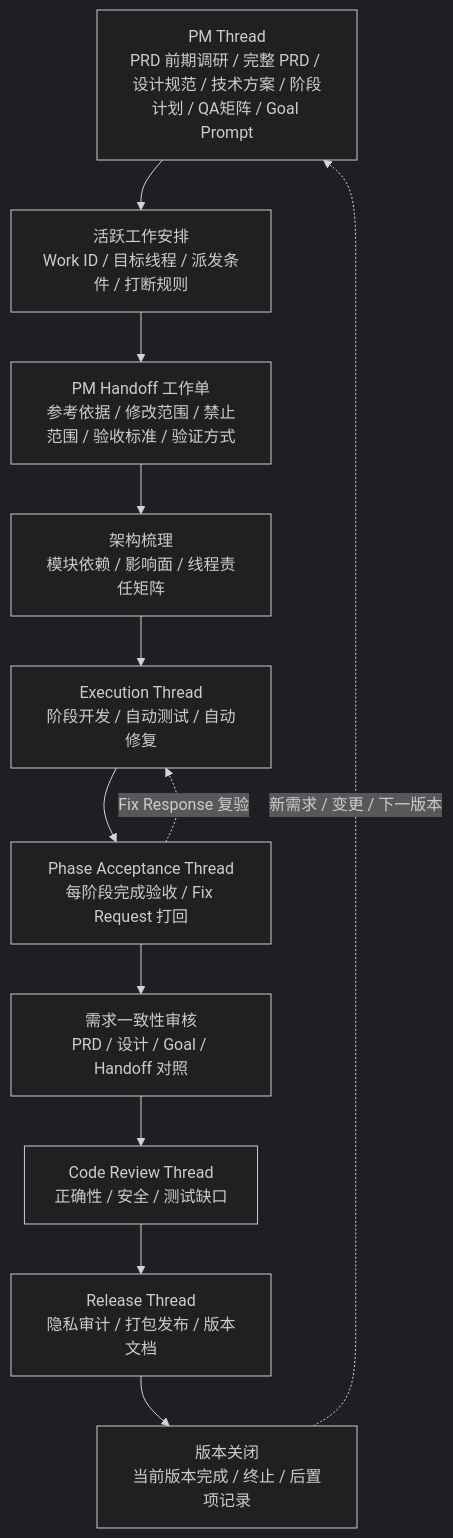
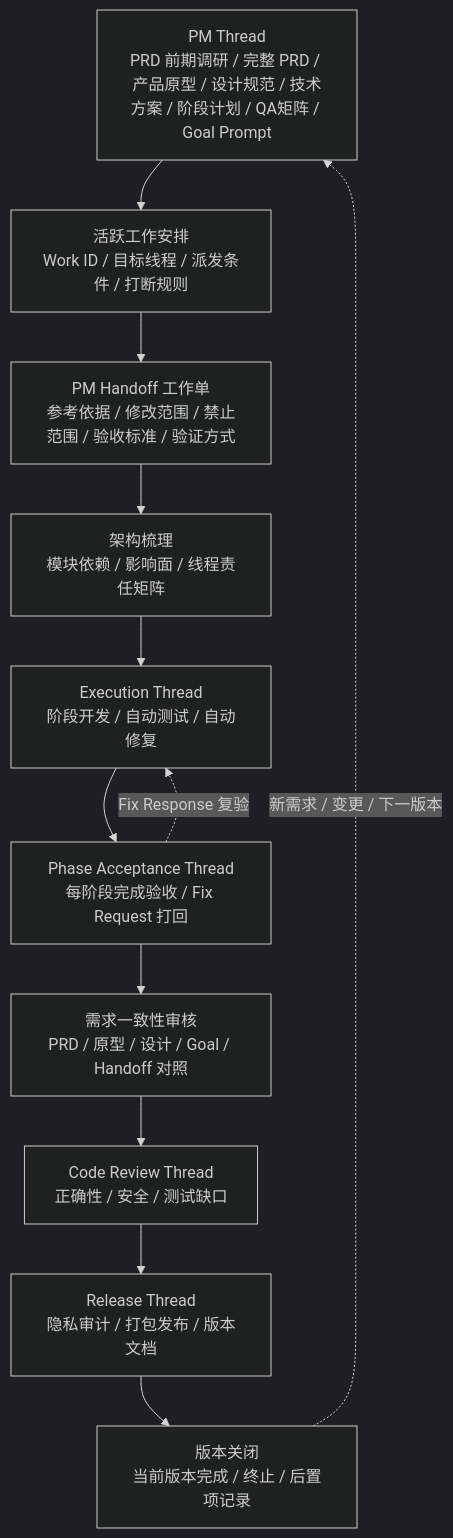
Before and after one commit to btcys/chengying-codex-skill-pack: the second of 3 diagrams in README.md, drawn with Mermaid (dark theme). The commit also changed other lines of this file and 15 other files, not shown here.

````diff
--- a/README.md
+++ b/README.md
@@ -95,14 +96,14 @@
 ```mermaid
 flowchart TB
-  PM[PM Thread<br/>PRD 前期调研 / 完整 PRD / 设计规范 / 技术方案 / 阶段计划 / QA矩阵 / Goal Prompt] --> Work[活跃工作安排<br/>Work ID / 目标线程 / 派发条件 / 打断规则]
+  PM[PM Thread<br/>PRD 前期调研 / 完整 PRD / 产品原型 / 设计规范 / 技术方案 / 阶段计划 / QA矩阵 / Goal Prompt] --> Work[活跃工作安排<br/>Work ID / 目标线程 / 派发条件 / 打断规则]
   Work --> Handoff[PM Handoff 工作单<br/>参考依据 / 修改范围 / 禁止范围 / 验收标准 / 验证方式]
   Handoff --> Arch[架构梳理<br/>模块依赖 / 影响面 / 线程责任矩阵]
   Arch --> Exec[Execution Thread<br/>阶段开发 / 自动测试 / 自动修复]
   Exec --> PhaseAccept[Phase Acceptance Thread<br/>每阶段完成验收 / Fix Request 打回]
   PhaseAccept -. Fix Response 复验 .-> Exec
-  PhaseAccept --> Accept[需求一致性审核<br/>PRD / 设计 / Goal / Handoff 对照]
+  PhaseAccept --> Accept[需求一致性审核<br/>PRD / 原型 / 设计 / Goal / Handoff 对照]
   Accept --> Review[Code Review Thread<br/>正确性 / 安全 / 测试缺口]
   Review --> Release[Release Thread<br/>隐私审计 / 打包发布 / 版本文档]
   Release --> Close[版本关闭<br/>当前版本完成 / 终止 / 后置项记录]
   Close -. 新需求 / 变更 / 下一版本 .-> PM
 ```
````
